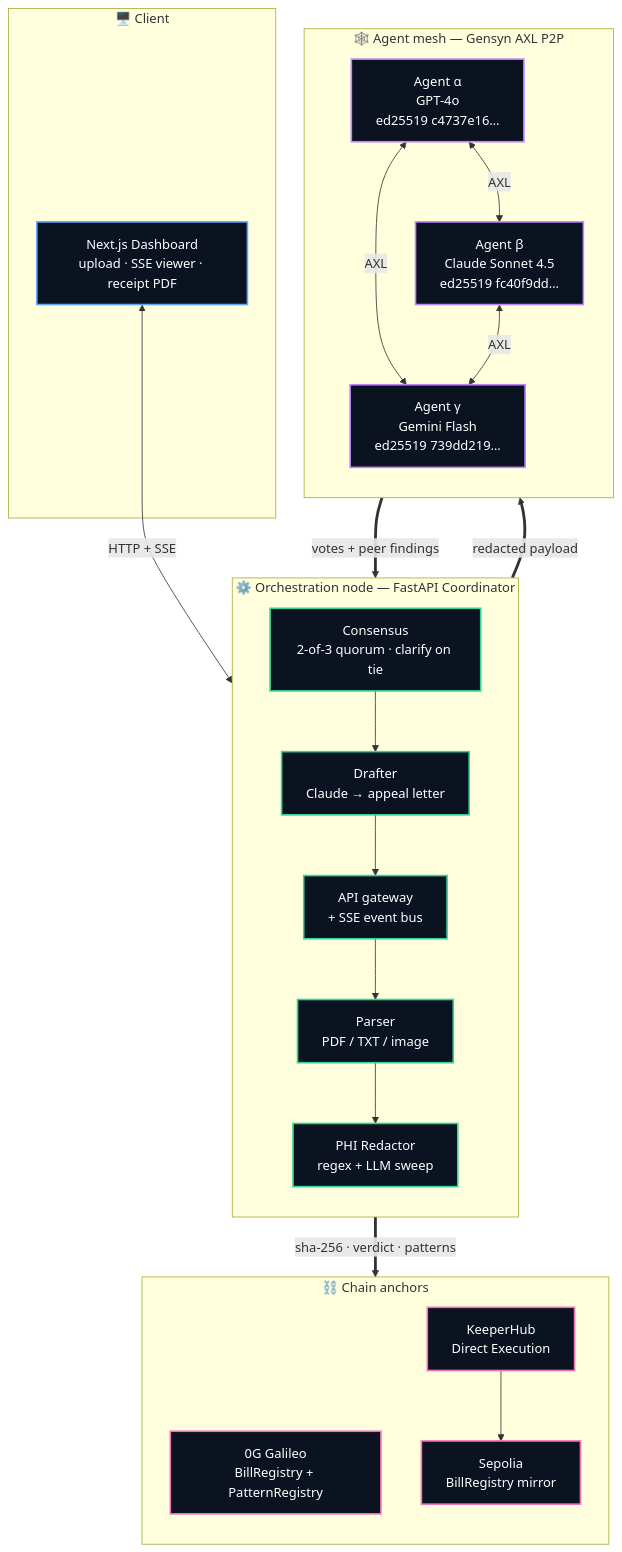
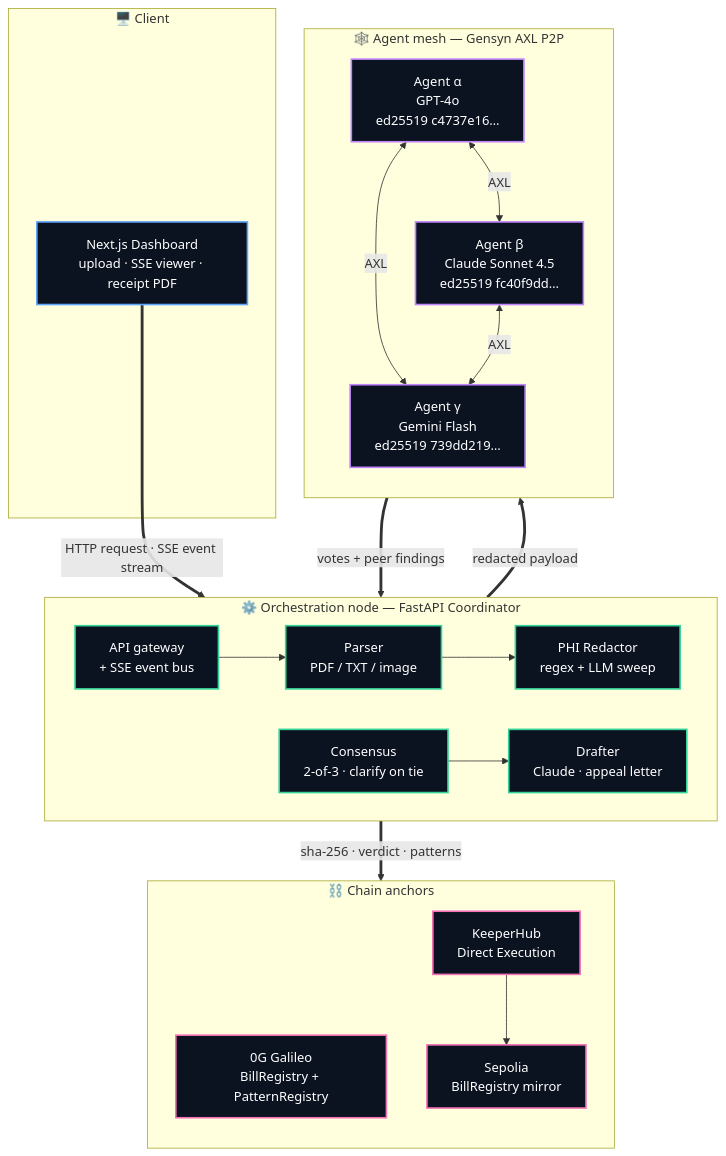
The diagram in README.md (jhatch3/lethe-), drawn with Mermaid before and after one commit.

````diff
--- a/README.md
+++ b/README.md
@@ -73,50 +73,50 @@
 ```mermaid
 flowchart TB
     subgraph Client["🖥️ Client"]
         UI[Next.js Dashboard<br/>upload · SSE viewer · receipt PDF]
     end
 
     subgraph Orchestration["⚙️ Orchestration node — FastAPI Coordinator"]
-        direction TB
+        direction LR
         API[API gateway<br/>+ SSE event bus]
         Parse[Parser<br/>PDF / TXT / image]
         Redact[PHI Redactor<br/>regex + LLM sweep]
-        Tally[Consensus<br/>2-of-3 quorum · clarify on tie]
-        Drafter[Drafter<br/>Claude → appeal letter]
+        Tally[Consensus<br/>2-of-3 · clarify on tie]
+        Drafter[Drafter<br/>Claude · appeal letter]
     end
 
     subgraph AgentMesh["🕸️ Agent mesh — Gensyn AXL P2P"]
         direction TB
         Alpha[Agent α<br/>GPT-4o<br/>ed25519 c4737e16…]
         Beta[Agent β<br/>Claude Sonnet 4.5<br/>ed25519 fc40f9dd…]
         Gamma[Agent γ<br/>Gemini Flash<br/>ed25519 739dd219…]
         Alpha <-->|AXL| Beta
         Alpha <-->|AXL| Gamma
         Beta <-->|AXL| Gamma
     end
 
     subgraph Chain["⛓️ Chain anchors"]
         direction TB
         ZG[0G Galileo<br/>BillRegistry + PatternRegistry]
         KH[KeeperHub<br/>Direct Execution]
         Sep[Sepolia<br/>BillRegistry mirror]
         KH --> Sep
     end
 
-    UI <-->|HTTP + SSE| API
+    UI ==>|HTTP request · SSE event stream| API
     API --> Parse --> Redact
     Redact ==>|redacted payload| AgentMesh
     AgentMesh ==>|votes + peer findings| Tally
-    Tally --> Drafter --> API
+    Tally --> Drafter
     Tally ==>|sha-256 · verdict · patterns| Chain
 
     classDef client fill:#0b1220,stroke:#60a5fa,stroke-width:2px,color:#fff
     classDef orch   fill:#0b1220,stroke:#34d399,stroke-width:2px,color:#fff
     classDef agent  fill:#0b1220,stroke:#c084fc,stroke-width:2px,color:#fff
     classDef chain  fill:#0b1220,stroke:#f472b6,stroke-width:2px,color:#fff
 
     class UI client
     class API,Parse,Redact,Tally,Drafter orch
     class Alpha,Beta,Gamma agent
     class ZG,KH,Sep chain
 ```
````
